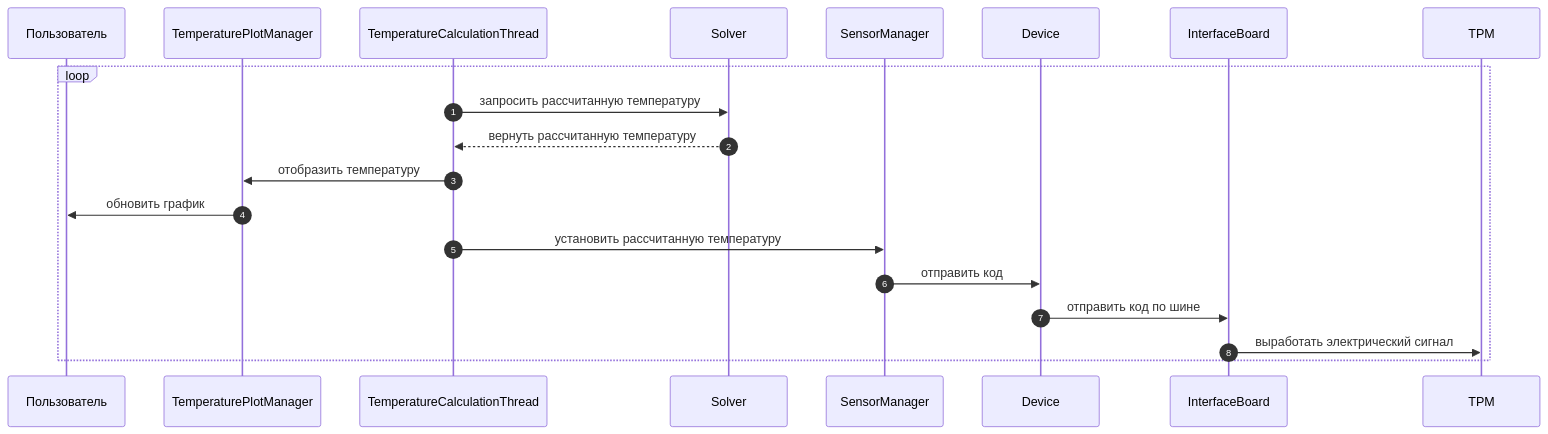
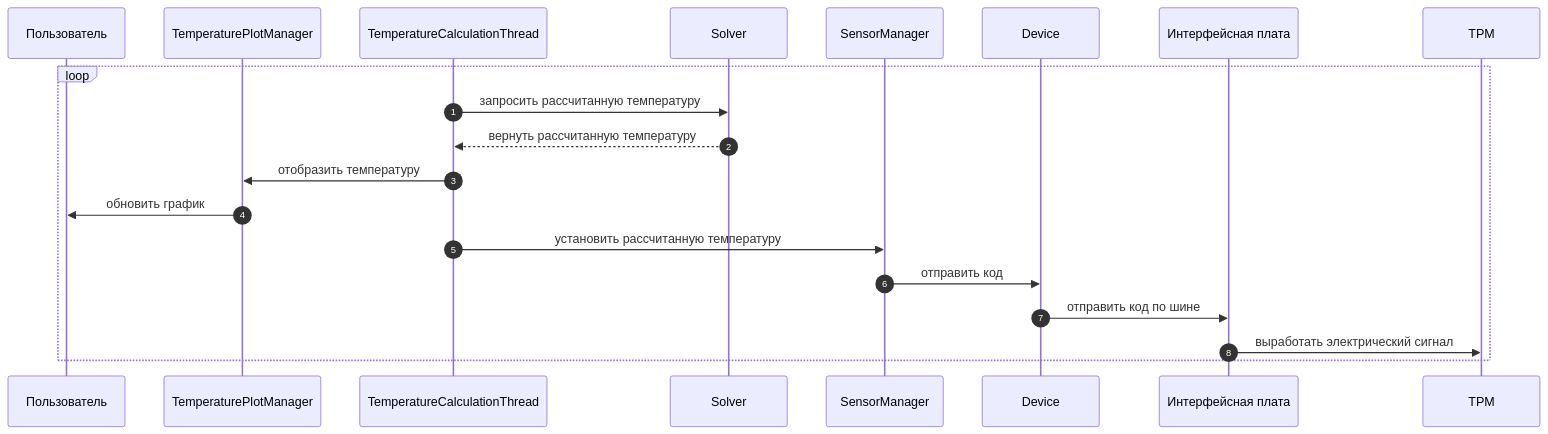
One commit to Marik28/dissertation changed the third of 3 diagrams in data/diagrams/диаграммы последовательностей.md. Above: the diagram before and after it, drawn with Mermaid.

Commit message:
change diagrams

````diff
--- a/data/diagrams/диаграммы последовательностей.md
+++ b/data/diagrams/диаграммы последовательностей.md
@@ -55,23 +55,23 @@
 ```mermaid
 sequenceDiagram
     autonumber
     participant Пользователь
     participant TemperaturePlotManager
     participant TemperatureCalculationThread
     participant Solver
     participant SensorManager
     participant Device
-    participant InterfaceBoard
+    participant Интерфейсная плата
     participant ТРМ
 
     loop
         TemperatureCalculationThread ->> Solver : запросить рассчитанную температуру
         Solver -->> TemperatureCalculationThread : вернуть рассчитанную температуру 
         TemperatureCalculationThread ->> TemperaturePlotManager : отобразить температуру
         TemperaturePlotManager ->> Пользователь : обновить график
         TemperatureCalculationThread ->> SensorManager : установить рассчитанную температуру
         SensorManager ->> Device : отправить код
-        Device ->> InterfaceBoard : отправить код по шине
-        InterfaceBoard ->> ТРМ : выработать электрический сигнал
+        Device ->> Интерфейсная плата : отправить код по шине
+        Интерфейсная плата ->> ТРМ : выработать электрический сигнал
     end
 ```
````
